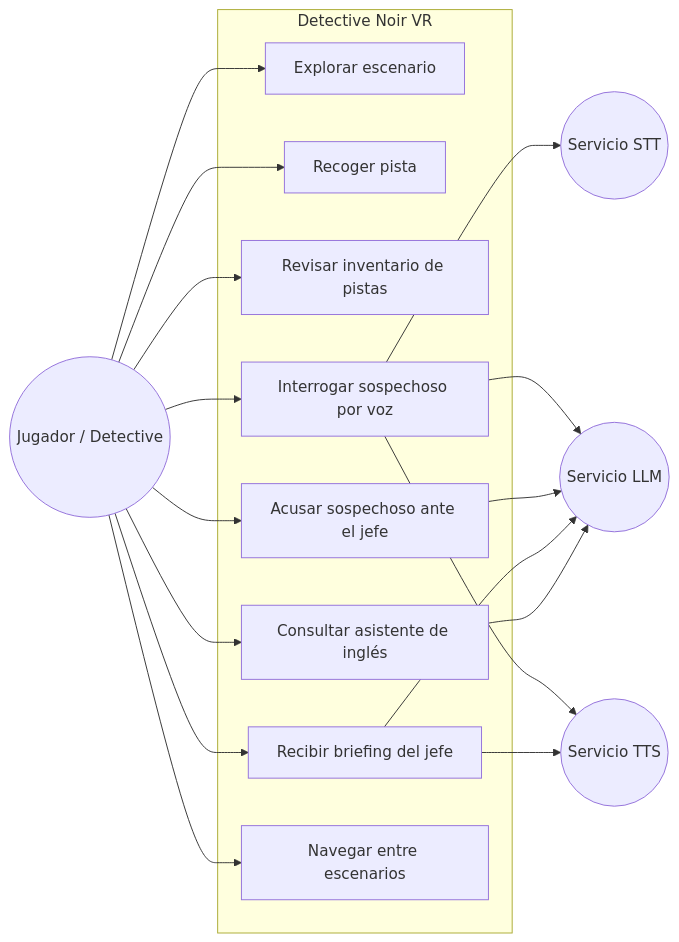
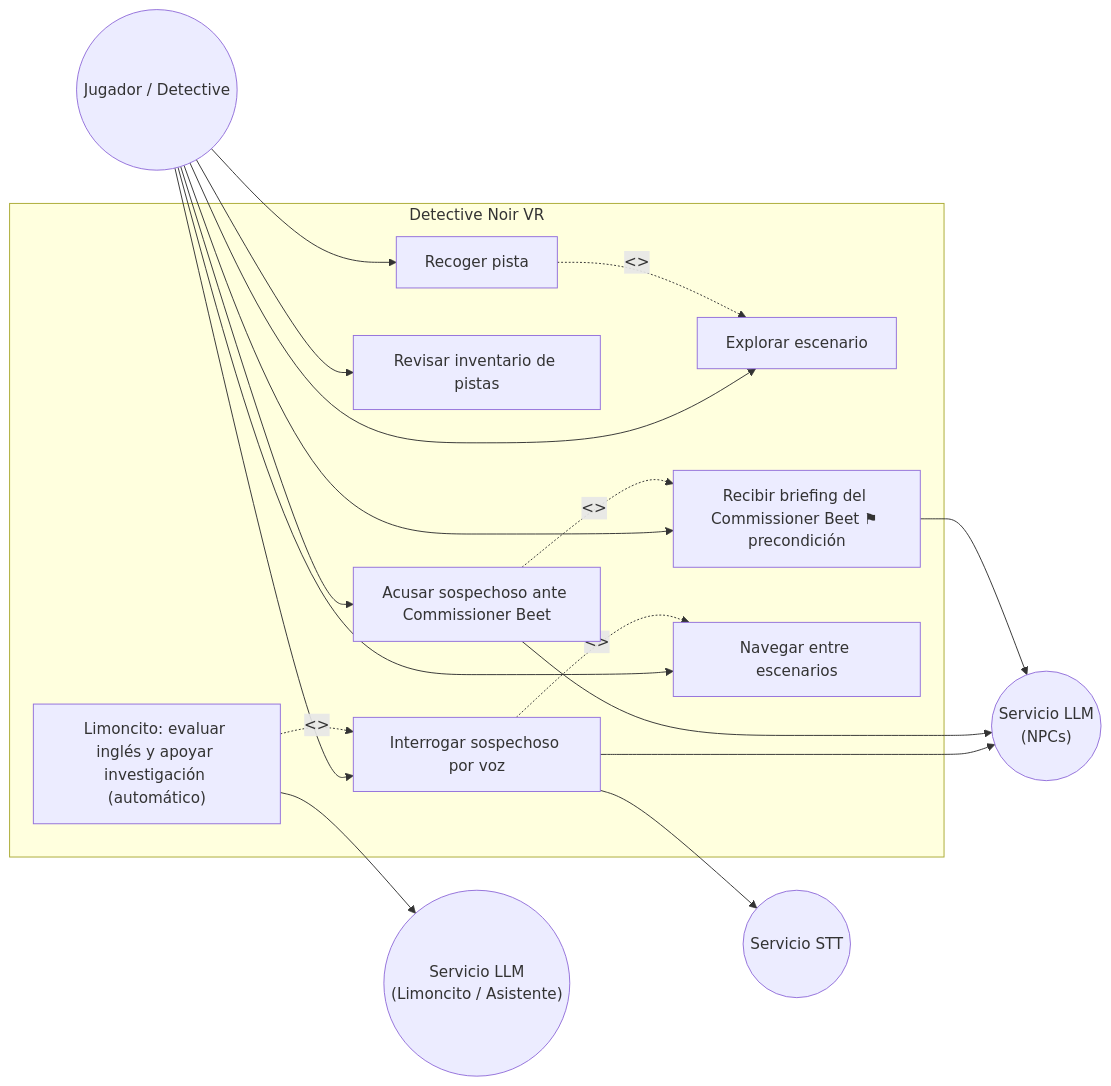
One commit to naxoruto/TE-limonchero-3d changed the first of 6 diagrams in design/gdd/entrega_1_diseno.md. Above: the diagram before and after it, drawn with Mermaid. The commit also changed other lines of this file and 6 other files, not shown here.

````diff
--- a/design/gdd/entrega_1_diseno.md
+++ b/design/gdd/entrega_1_diseno.md
@@ -260,35 +262,41 @@
 ```mermaid
 graph LR
 	subgraph Sistema["Detective Noir VR"]
 		UC1["Explorar escenario"]
 		UC2["Recoger pista"]
 		UC3["Revisar inventario de pistas"]
 		UC4["Interrogar sospechoso por voz"]
-		UC5["Acusar sospechoso ante el jefe"]
-		UC6["Recibir briefing del jefe"]
-		UC7["Consultar asistente de inglés"]
+		UC5["Acusar sospechoso ante Commissioner Beet"]
+		UC6["Recibir briefing del Commissioner Beet ⚑ precondición"]
+		UC7["Limoncito: evaluar inglés y apoyar investigación (automático)"]
 		UC8["Navegar entre escenarios"]
 	end
 
 	Jugador((Jugador / Detective))
-	LLM((Servicio LLM))
+	LLM_NPC(("Servicio LLM\n(NPCs)"))
+	LLM_Limoncito(("Servicio LLM\n(Limoncito / Asistente)"))
 	STT((Servicio STT))
-	TTS((Servicio TTS))
-
+	%% Relaciones jugador → UC
+	Jugador --> UC6
+	Jugador --> UC8
 	Jugador --> UC1
 	Jugador --> UC2
 	Jugador --> UC3
 	Jugador --> UC4
 	Jugador --> UC5
-	Jugador --> UC6
-	Jugador --> UC7
-	Jugador --> UC8
 
+	%% include: dependencias obligatorias entre UCs
+	UC2 -. "<<include>>" .-> UC1
+	UC4 -. "<<include>>" .-> UC8
+	UC5 -. "<<include>>" .-> UC6
+
+	%% extend: UC7 se activa automáticamente durante UC4
+	UC7 -. "<<extend>>" .-> UC4
+
+	%% Servicios externos
 	UC4 --> STT
-	UC4 --> LLM
-	UC4 --> TTS
-	UC5 --> LLM
-	UC6 --> LLM
-	UC6 --> TTS
-	UC7 --> LLM
+	UC4 --> LLM_NPC
+	UC7 --> LLM_Limoncito
+	UC5 --> LLM_NPC
+	UC6 --> LLM_NPC
 ```
````
